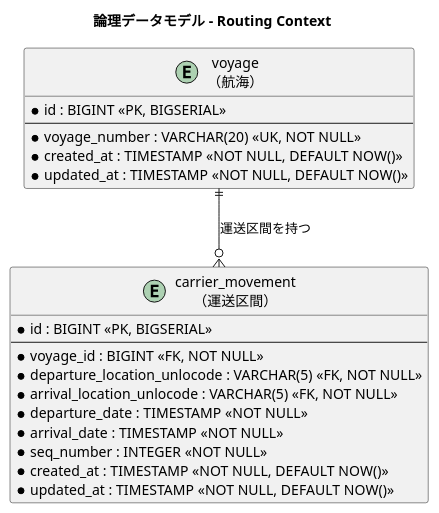
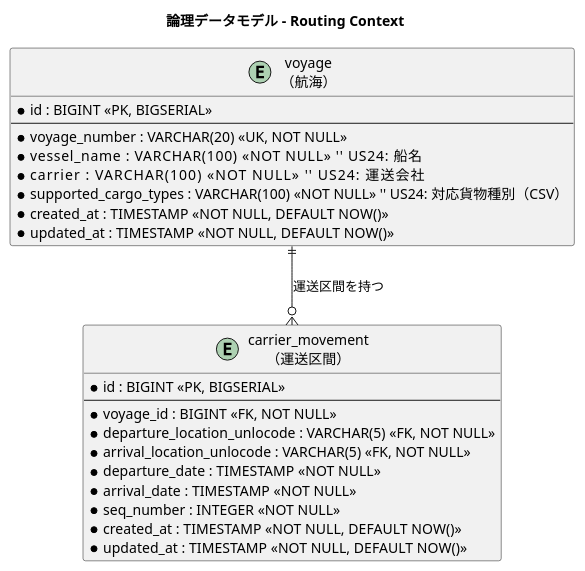
Before and after one commit to k2works/case-study-cargo-tracker: the fourth of 9 diagrams in docs/design/data-model.md, drawn with PlantUML. The commit also changed other lines of this file and 3 other files, not shown here.

````diff
--- a/docs/design/data-model.md
+++ b/docs/design/data-model.md
@@ -386,29 +389,32 @@
 ```plantuml
 @startuml
 title 論理データモデル - Routing Context
 
 entity "voyage\n（航海）" as voyage {
   * id : BIGINT <<PK, BIGSERIAL>>
   --
   * voyage_number : VARCHAR(20) <<UK, NOT NULL>>
+  * vessel_name : VARCHAR(100) <<NOT NULL>>          '' US24: 船名
+  * carrier : VARCHAR(100) <<NOT NULL>>              '' US24: 運送会社
+  * supported_cargo_types : VARCHAR(100) <<NOT NULL>> '' US24: 対応貨物種別（CSV）
   * created_at : TIMESTAMP <<NOT NULL, DEFAULT NOW()>>
   * updated_at : TIMESTAMP <<NOT NULL, DEFAULT NOW()>>
 }
 
 entity "carrier_movement\n（運送区間）" as carrier_movement {
   * id : BIGINT <<PK, BIGSERIAL>>
   --
   * voyage_id : BIGINT <<FK, NOT NULL>>
   * departure_location_unlocode : VARCHAR(5) <<FK, NOT NULL>>
   * arrival_location_unlocode : VARCHAR(5) <<FK, NOT NULL>>
   * departure_date : TIMESTAMP <<NOT NULL>>
   * arrival_date : TIMESTAMP <<NOT NULL>>
   * seq_number : INTEGER <<NOT NULL>>
   * created_at : TIMESTAMP <<NOT NULL, DEFAULT NOW()>>
   * updated_at : TIMESTAMP <<NOT NULL, DEFAULT NOW()>>
 }
 
 voyage ||--o{ carrier_movement : "運送区間を持つ"
 
 @enduml
 ```
````
